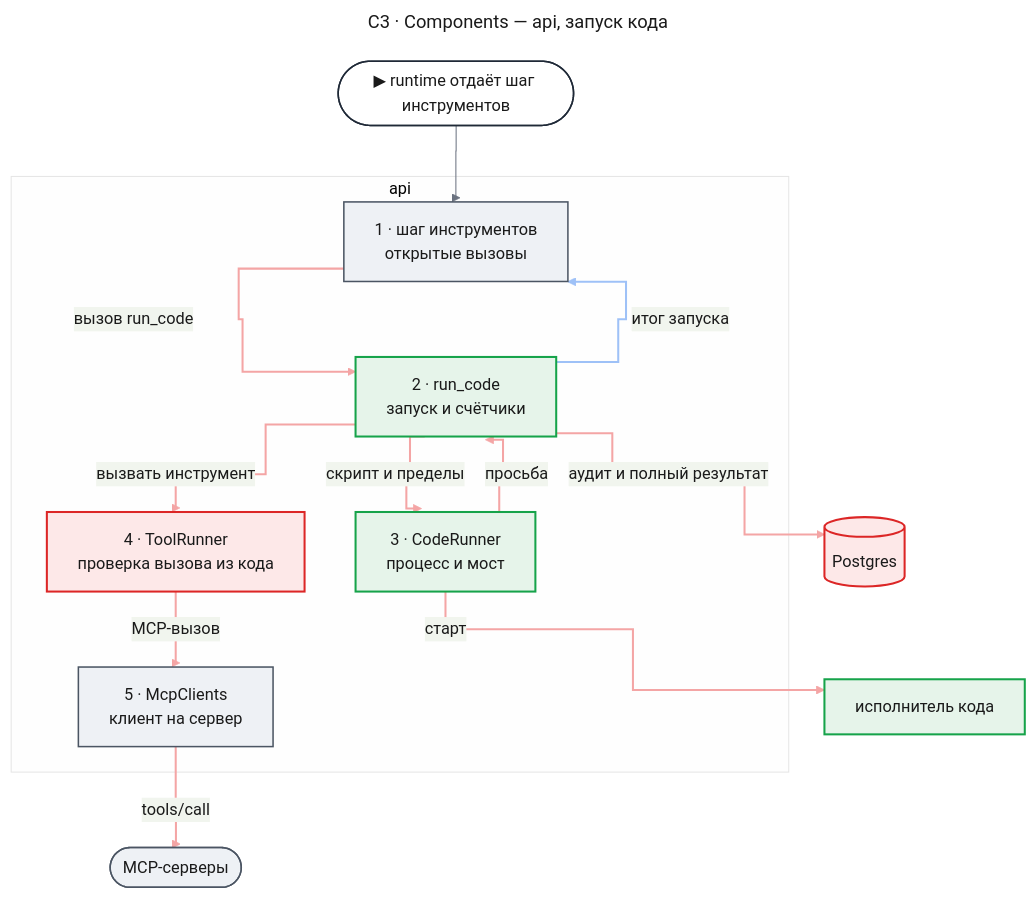
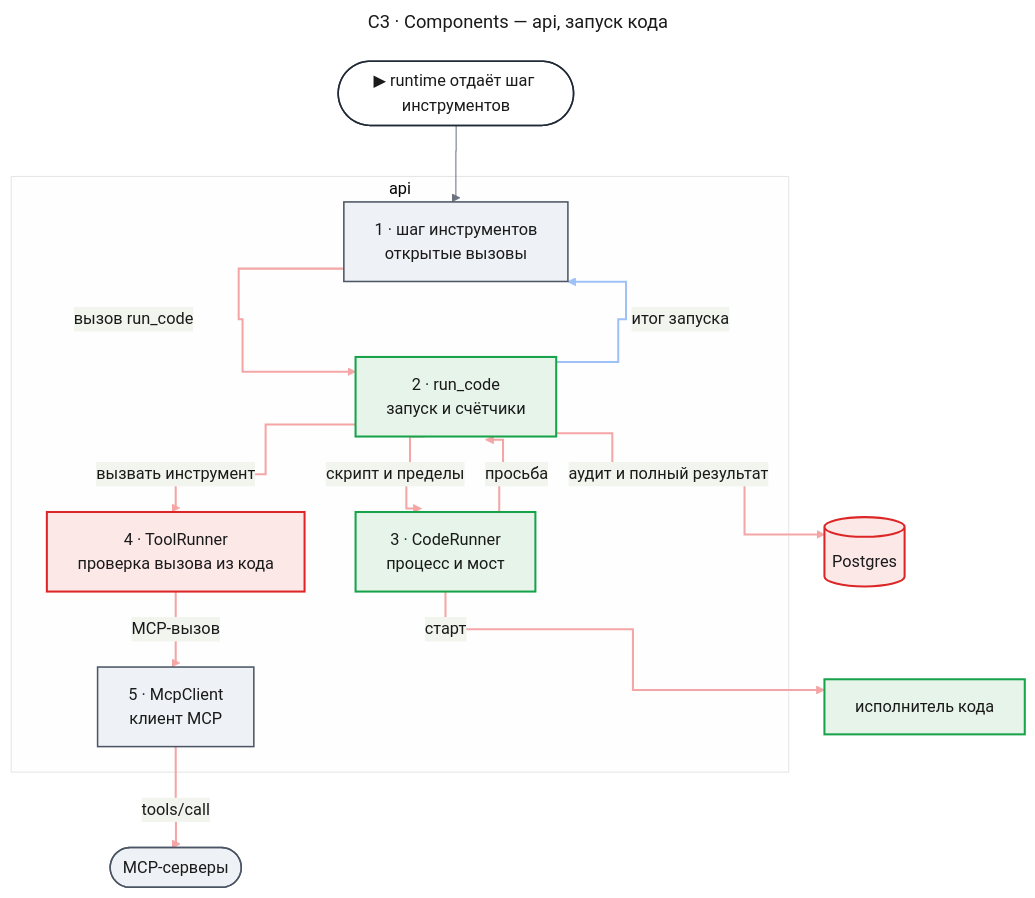
The second of 11 diagrams in docs/features/code-execution/design-code-execution.md (tundraray/agent-os), drawn with Mermaid before and after one commit. The commit also changed other lines of this file and 420 other files, not shown here.

````diff
--- a/docs/features/code-execution/design-code-execution.md
+++ b/docs/features/code-execution/design-code-execution.md
@@ -269,66 +269,66 @@
 ```mermaid
 ---
 title: "C3 · Components — api, запуск кода"
 config:
   theme: base
   look: classic
   themeVariables:
     primaryColor: "#eef1f5"
     primaryBorderColor: "#4b5563"
     primaryTextColor: "#1a1a1a"
     lineColor: "#6b7280"
   flowchart:
     curve: step
   themeCSS: |
     @keyframes lit_c3ce{0%,10%{stroke:#991b1b;stroke-width:6px}11.11%,100%{stroke:#f4a5a5;stroke-width:2px}}
     @keyframes litr_c3ce{0%,10%{stroke:#1d4ed8;stroke-width:6px}11.11%,100%{stroke:#9ec1f7;stroke-width:2px}}
 ---
 flowchart TB
     entry(["▶ runtime отдаёт шаг инструментов"])
     subgraph api["api"]
         step["1 · шаг инструментов<br/>открытые вызовы"]
         tool["2 · run_code<br/>запуск и счётчики"]
         cr["3 · CodeRunner<br/>процесс и мост"]
         tr["4 · ToolRunner<br/>проверка вызова из кода"]
-        mcpc["5 · McpClients<br/>клиент на сервер"]
+        mcpc["5 · McpClient<br/>клиент MCP"]
     end
     child["исполнитель кода"]
     mcp(["MCP-серверы"])
     db[("Postgres")]
     entry --> step
     step e1@-->|"вызов run_code"| tool
     tool e2@-->|"скрипт и пределы"| cr
     cr e3@-->|"старт"| child
     cr e4@-->|"просьба"| tool
     tool e5@-->|"вызвать инструмент"| tr
     tr e6@-->|"MCP-вызов"| mcpc
     mcpc e7@-->|"tools/call"| mcp
     tool e8@-->|"аудит и полный результат"| db
     tool e9@-->|"итог запуска"| step
     classDef entry fill:#ffffff,stroke:#1f2937,stroke-width:1.5px,color:#1a1a1a
     classDef changed fill:#fde8e8,stroke:#dc2626,stroke-width:2px,color:#1a1a1a
     classDef new fill:#e6f4ea,stroke:#16a34a,stroke-width:2px,color:#1a1a1a
     classDef unchanged fill:#eef1f5,stroke:#4b5563,stroke-width:1.5px,color:#1a1a1a
     classDef w1 stroke:#f4a5a5,stroke-width:2px,animation:lit_c3ce 10.8s linear 0s infinite
     classDef w2 stroke:#f4a5a5,stroke-width:2px,animation:lit_c3ce 10.8s linear 1.2s infinite
     classDef w3 stroke:#f4a5a5,stroke-width:2px,animation:lit_c3ce 10.8s linear 2.4s infinite
     classDef w4 stroke:#f4a5a5,stroke-width:2px,animation:lit_c3ce 10.8s linear 3.6s infinite
     classDef w5 stroke:#f4a5a5,stroke-width:2px,animation:lit_c3ce 10.8s linear 4.8s infinite
     classDef w6 stroke:#f4a5a5,stroke-width:2px,animation:lit_c3ce 10.8s linear 6s infinite
     classDef w7 stroke:#f4a5a5,stroke-width:2px,animation:lit_c3ce 10.8s linear 7.2s infinite
     classDef w8 stroke:#f4a5a5,stroke-width:2px,animation:lit_c3ce 10.8s linear 8.4s infinite
     classDef r1 stroke:#9ec1f7,stroke-width:2px,animation:litr_c3ce 10.8s linear 9.6s infinite
     class entry entry
     class step,mcpc,mcp unchanged
     class tr,db changed
     class tool,cr,child new
     class e1 w1
     class e2 w2
     class e3 w3
     class e4 w4
     class e5 w5
     class e6 w6
     class e7 w7
     class e8 w8
     class e9 r1
 ```
````
